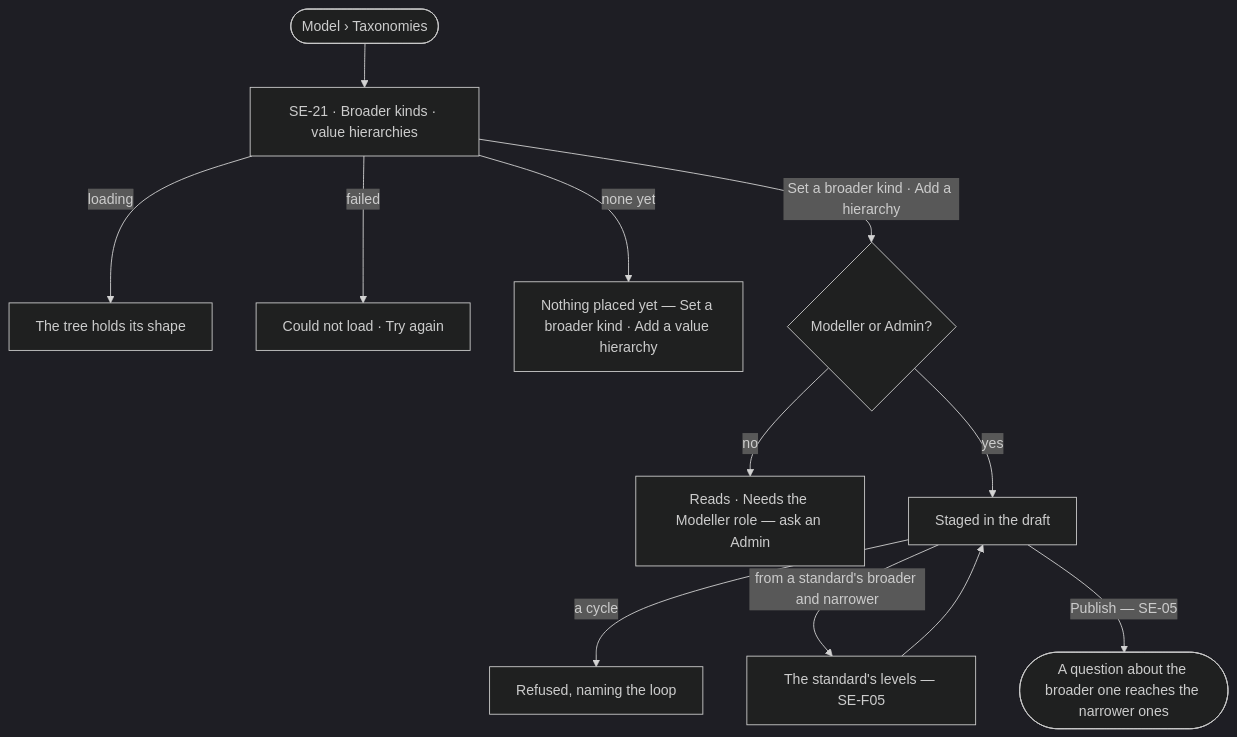
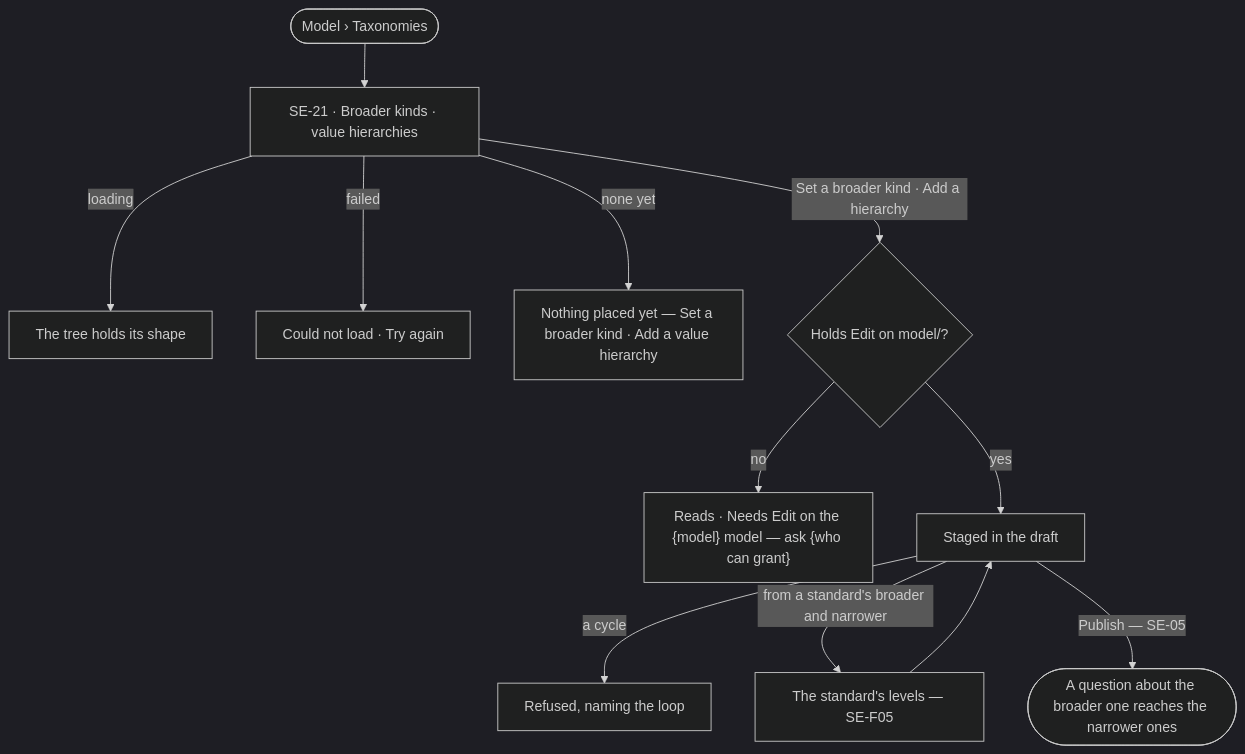
One commit to invana/invana changed the diagram in specs/capabilities/semantics/features/SE-F04-taxonomies/feature.md. Above: the diagram before and after it, drawn with Mermaid (dark theme). The commit also changed other lines of this file and 456 other files, not shown here.

````diff
--- a/specs/capabilities/semantics/features/SE-F04-taxonomies/feature.md
+++ b/specs/capabilities/semantics/features/SE-F04-taxonomies/feature.md
@@ -23,13 +23,13 @@
 ```mermaid
 flowchart TD
   start([Model › Taxonomies]) --> t["SE-21 · Broader kinds · value hierarchies"]
   t -->|loading| ld["The tree holds its shape"]
   t -->|failed| fl["Could not load · Try again"]
   t -->|none yet| e["Nothing placed yet — Set a broader kind · Add a value hierarchy"]
-  t -->|Set a broader kind · Add a hierarchy| may{Modeller or Admin?}
-  may -->|no| na["Reads · Needs the Modeller role — ask an Admin"]
+  t -->|Set a broader kind · Add a hierarchy| may{"Holds Edit on model/<model>?"}
+  may -->|no| na["Reads · Needs Edit on the {model} model — ask {who can grant}"]
   may -->|yes| d["Staged in the draft"]
   d -->|a cycle| cy["Refused, naming the loop"]
   d -->|from a standard's broader and narrower| std["The standard's levels — SE-F05"] --> d
   d -->|Publish — SE-05| pub(["A question about the broader one reaches the narrower ones"])
 ```
````
